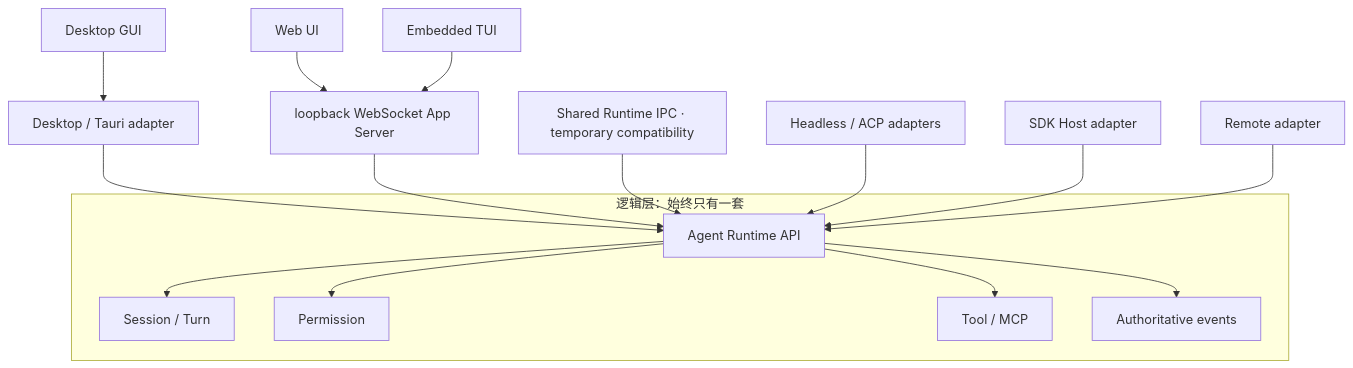
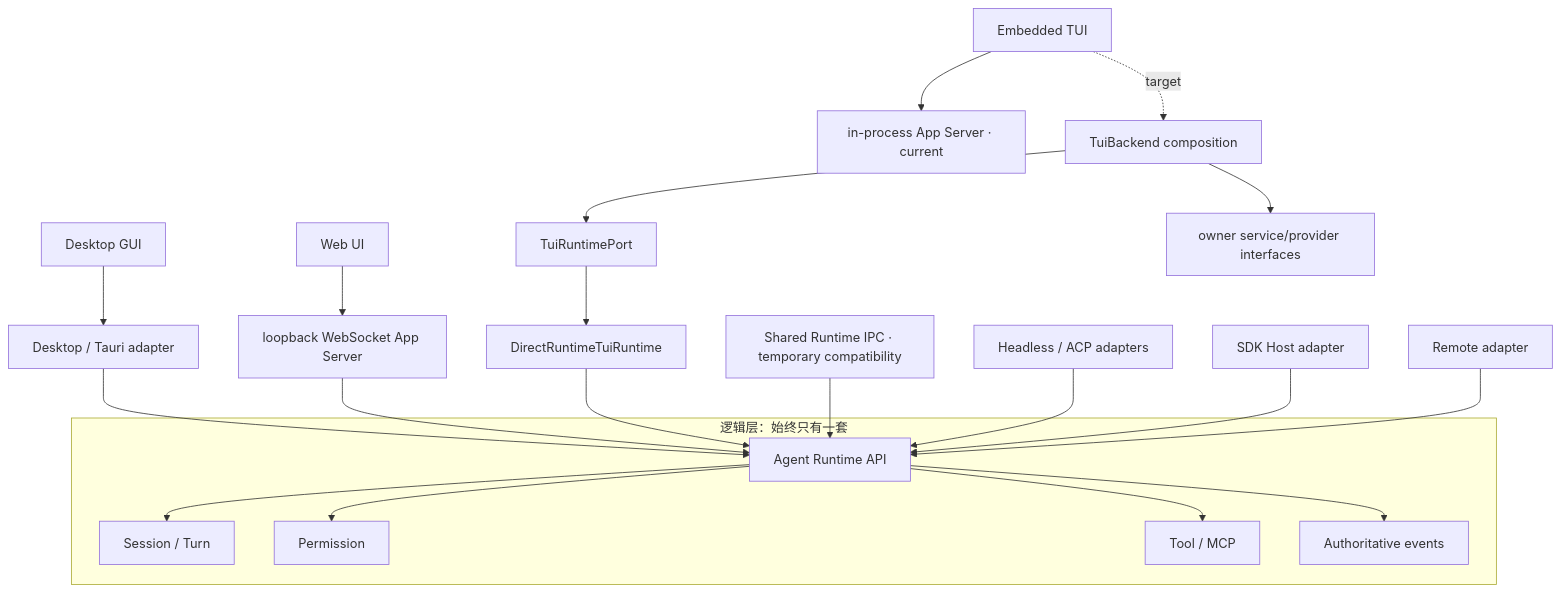
Before and after one commit to 1688mengdie/BitFun: the fifth of 17 diagrams in docs/architecture/agent-runtime-deployment-design.md, drawn with Mermaid. The commit also changed other lines of this file and 4 other files, not shown here.

Commit message:
docs: refine TUI runtime and management boundaries

````diff
--- a/docs/architecture/agent-runtime-deployment-design.md
+++ b/docs/architecture/agent-runtime-deployment-design.md
@@ -98,19 +109,24 @@
 ```mermaid
 flowchart TB
   subgraph "逻辑层：始终只有一套"
     API["Agent Runtime API"] --> Session["Session / Turn"]
     API --> Permission["Permission"]
     API --> Tool["Tool / MCP"]
     API --> Events["Authoritative events"]
   end
 
   Desktop["Desktop GUI"] --> DesktopAdapter["Desktop / Tauri adapter"]
   Web["Web UI"] --> AppServer["loopback WebSocket App Server"]
-  EmbeddedTUI["Embedded TUI"] --> AppServer
+  EmbeddedTUI["Embedded TUI"] --> EmbeddedCurrent["in-process App Server · current"]
+  EmbeddedTUI -. "target" .-> Composition["TuiBackend composition"]
+  Composition --> RuntimePort["TuiRuntimePort"]
+  RuntimePort --> DirectRuntime["DirectRuntimeTuiRuntime"]
+  Composition --> Management["owner service/provider interfaces"]
   DesktopAdapter --> API
   AppServer --> API
+  DirectRuntime --> API
   SharedCompat["Shared Runtime IPC · temporary compatibility"] --> API
   Headless["Headless / ACP adapters"] --> API
   SDK["SDK Host adapter"] --> API
   Remote["Remote adapter"] --> API
 ```
````
